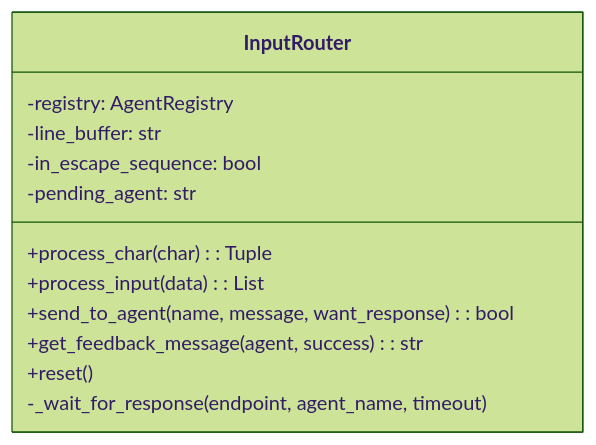
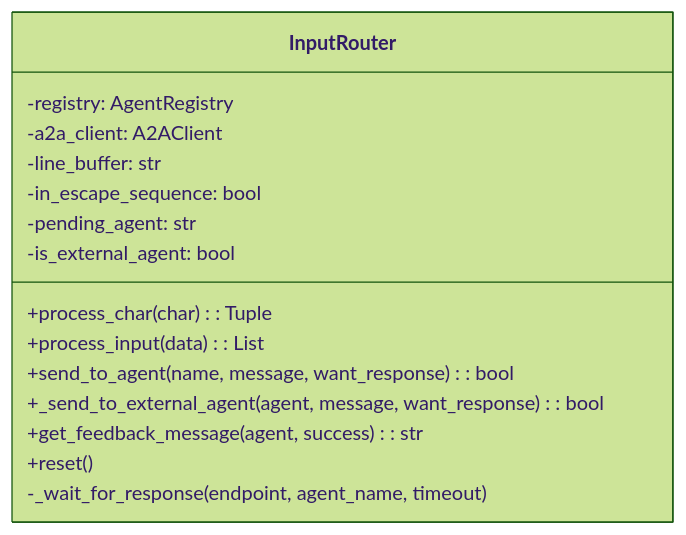
The fourth of 17 diagrams in guides/architecture.md (s-hiraoku/synapse-a2a), drawn with Mermaid (forest theme) before and after one commit. The commit also changed other lines of this file and 5 other files, not shown here.

First line of the commit message:
Update documentation for external Google A2A agent support

````diff
--- a/guides/architecture.md
+++ b/guides/architecture.md
@@ -109,15 +119,18 @@
 ```mermaid
 classDiagram
     class InputRouter {
         -registry: AgentRegistry
+        -a2a_client: A2AClient
         -line_buffer: str
         -in_escape_sequence: bool
         -pending_agent: str
+        -is_external_agent: bool
         +process_char(char): Tuple
         +process_input(data): List
         +send_to_agent(name, message, want_response): bool
+        +_send_to_external_agent(agent, message, want_response): bool
         +get_feedback_message(agent, success): str
         +reset()
         -_wait_for_response(endpoint, agent_name, timeout)
     }
 ```
````
